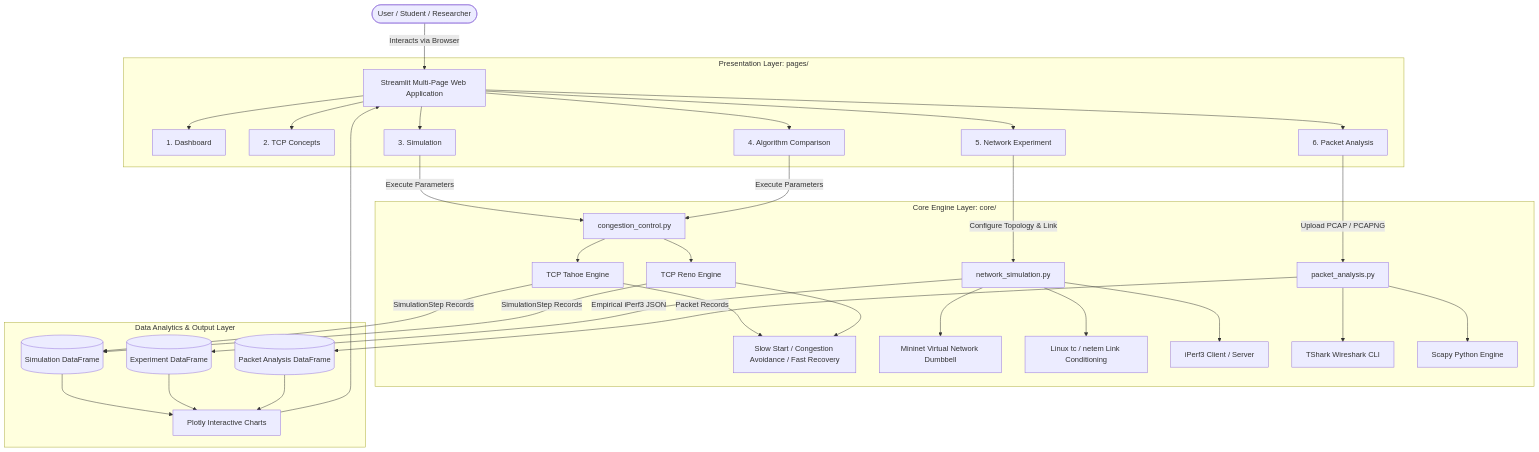
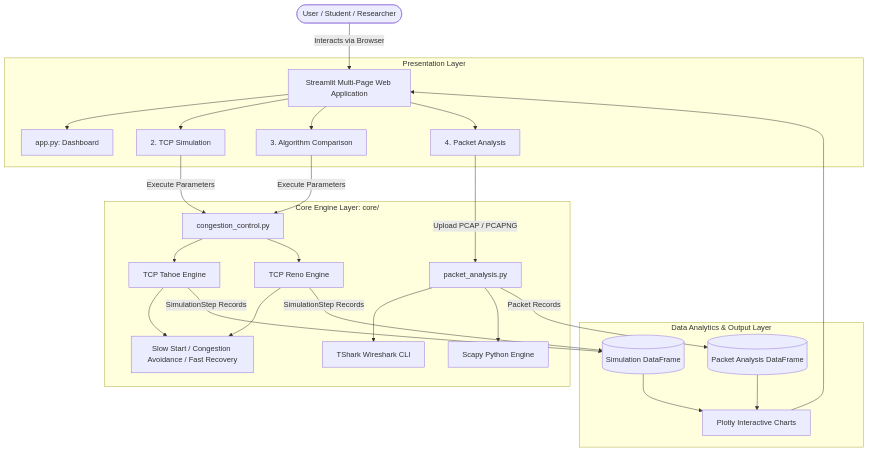
Before and after one commit to Ayush20061009/CongestIQ: the first of 2 diagrams in README.md, drawn with Mermaid. The commit also changed other lines of this file and 23 other files, not shown here.

````diff
--- a/README.md
+++ b/README.md
@@ -83,39 +80,30 @@
 ```mermaid
 graph TD
     User([User / Student / Researcher]) -->|Interacts via Browser| UI[Streamlit Multi-Page Web Application]
 
-    subgraph Presentation_Layer [Presentation Layer: pages/]
-        UI --> P1[1. Dashboard]
-        UI --> P2[2. TCP Concepts]
-        UI --> P3[3. Simulation]
-        UI --> P4[4. Algorithm Comparison]
-        UI --> P5[5. Network Experiment]
-        UI --> P6[6. Packet Analysis]
+    subgraph Presentation_Layer [Presentation Layer]
+        UI --> P0[app.py: Dashboard]
+        UI --> P2[2. TCP Simulation]
+        UI --> P3[3. Algorithm Comparison]
+        UI --> P4[4. Packet Analysis]
     end
 
     subgraph Core_Engines [Core Engine Layer: core/]
-        P3 & P4 -->|Execute Parameters| CC[congestion_control.py]
+        P2 & P3 -->|Execute Parameters| CC[congestion_control.py]
         CC --> Tahoe[TCP Tahoe Engine]
         CC --> Reno[TCP Reno Engine]
         Tahoe & Reno --> States[Slow Start / Congestion Avoidance / Fast Recovery]
 
-        P5 -->|Configure Topology & Link| NS[network_simulation.py]
-        NS --> Mininet[Mininet Virtual Network Dumbbell]
-        NS --> Netem[Linux tc / netem Link Conditioning]
-        NS --> iPerf[iPerf3 Client / Server]
-
-        P6 -->|Upload PCAP / PCAPNG| PA[packet_analysis.py]
+        P4 -->|Upload PCAP / PCAPNG| PA[packet_analysis.py]
         PA --> TShark[TShark Wireshark CLI]
         PA --> Scapy[Scapy Python Engine]
     end
 
     subgraph Data_Analytics [Data Analytics & Output Layer]
         Tahoe & Reno -->|SimulationStep Records| DF_Sim[(Simulation DataFrame)]
-        NS -->|Empirical iPerf3 JSON| DF_Exp[(Experiment DataFrame)]
         PA -->|Packet Records| DF_Pkt[(Packet Analysis DataFrame)]
         DF_Sim --> Plotly[Plotly Interactive Charts]
-        DF_Exp --> Plotly
         DF_Pkt --> Plotly
         Plotly --> UI
     end
 ```
````
